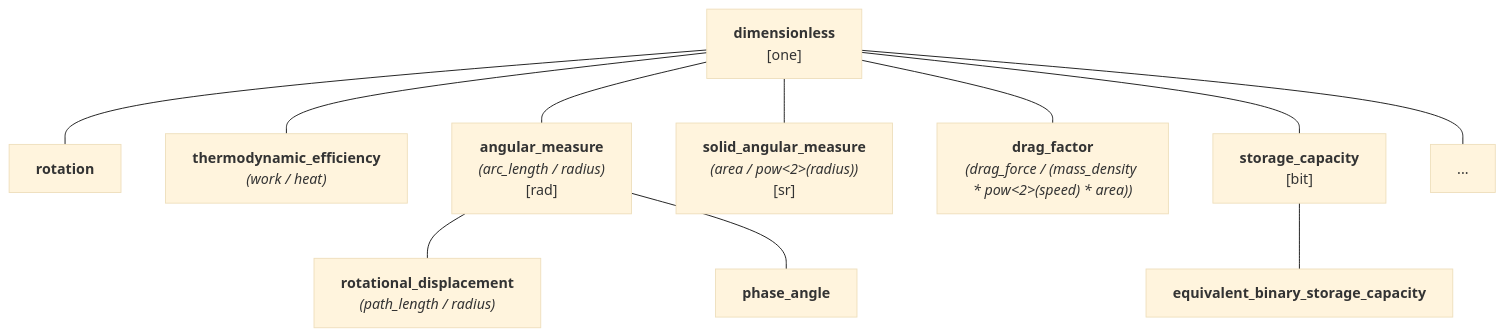
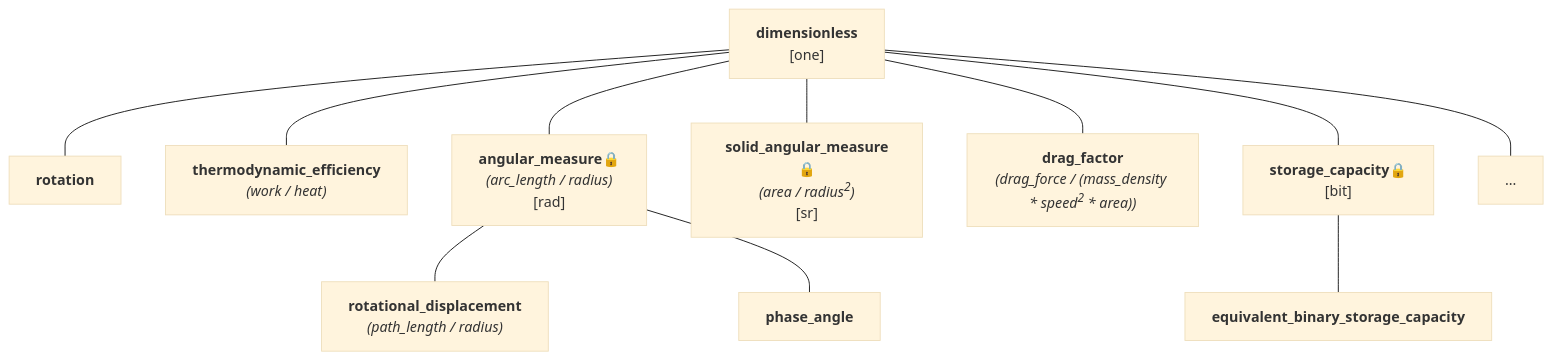
Before and after one commit to mpusz/mp-units: the diagram in docs/users_guide/framework_basics/dimensionless_quantities.md, drawn with Mermaid (base theme). The commit also changed 1 other file, not shown here.

Commit message:
docs: quantity hierarchies in the User's Guide upated to match auto-generated ones

````diff
--- a/docs/users_guide/framework_basics/dimensionless_quantities.md
+++ b/docs/users_guide/framework_basics/dimensionless_quantities.md
@@ -271,13 +271,13 @@
 ```mermaid
 flowchart TD
     dimensionless["<b>dimensionless</b><br>[one]"]
     dimensionless --- rotation["<b>rotation</b>"]
     dimensionless --- thermodynamic_efficiency["<b>thermodynamic_efficiency</b><br><i>(work / heat)</i>"]
-    dimensionless --- angular_measure["<b>angular_measure</b><br><i>(arc_length / radius)</i><br>[rad]"]
+    dimensionless --- angular_measure["<b>angular_measure</b>🔒<br><i>(arc_length / radius)</i><br>[rad]"]
     angular_measure --- rotational_displacement["<b>rotational_displacement</b><br><i>(path_length / radius)</i>"]
     angular_measure --- phase_angle["<b>phase_angle</b>"]
-    dimensionless --- solid_angular_measure["<b>solid_angular_measure</b><br><i>(area / pow<2>(radius))</i><br>[sr]"]
-    dimensionless --- drag_factor["<b>drag_factor</b><br><i>(drag_force / (mass_density * pow<2>(speed) * area))</i>"]
-    dimensionless --- storage_capacity["<b>storage_capacity</b><br>[bit]"] --- equivalent_binary_storage_capacity["<b>equivalent_binary_storage_capacity</b>"]
+    dimensionless --- solid_angular_measure["<b>solid_angular_measure</b>🔒<br><i>(area / radius<sup>2</sup>)</i><br>[sr]"]
+    dimensionless --- drag_factor["<b>drag_factor</b><br><i>(drag_force / (mass_density * speed<sup>2</sup> * area))</i>"]
+    dimensionless --- storage_capacity["<b>storage_capacity</b>🔒<br>[bit]"] --- equivalent_binary_storage_capacity["<b>equivalent_binary_storage_capacity</b>"]
     dimensionless --- ...
 ```
````
